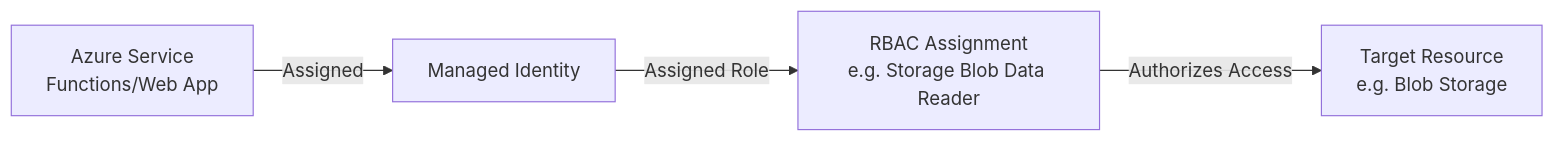
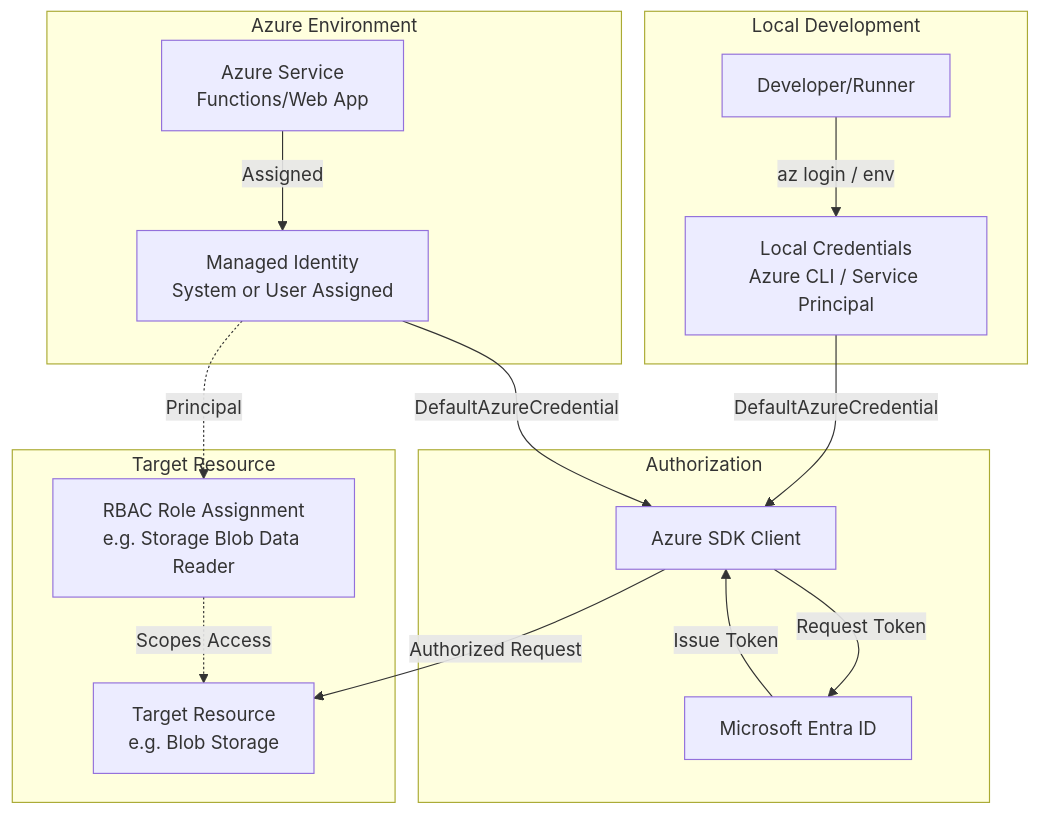
One commit to wildersa/azure_ref_kit changed the diagram in building-blocks/security/managed-identity-rbac/README.md. Above: the diagram before and after it, drawn with Mermaid. The commit also changed other lines of this file and 2 other files, not shown here.

First line of the commit message:
feat: define managed identity and RBAC reference pattern (Track 5.2)

````diff
--- a/building-blocks/security/managed-identity-rbac/README.md
+++ b/building-blocks/security/managed-identity-rbac/README.md
@@ -50,6 +62,23 @@
 ```mermaid
-flowchart LR
-    Service[Azure Service\nFunctions/Web App] -->|Assigned| MI[Managed Identity]
-    MI -->|Assigned Role| RBAC[RBAC Assignment\ne.g. Storage Blob Data Reader]
-    RBAC -->|Authorizes Access| Resource[Target Resource\ne.g. Blob Storage]
+flowchart TD
+    subgraph "Local Development"
+        Dev[Developer/Runner] -->|az login / env| LocalCreds[Local Credentials\nAzure CLI / Service Principal]
+    end
+
+    subgraph "Azure Environment"
+        Service[Azure Service\nFunctions/Web App] -->|Assigned| MI[Managed Identity\nSystem or User Assigned]
+    end
+
+    subgraph "Authorization"
+        LocalCreds -->|DefaultAzureCredential| SDK[Azure SDK Client]
+        MI -->|DefaultAzureCredential| SDK
+        SDK -->|Request Token| Entra[Microsoft Entra ID]
+        Entra -->|Issue Token| SDK
+    end
+
+    subgraph "Target Resource"
+        SDK -->|Authorized Request| Resource[Target Resource\ne.g. Blob Storage]
+        Role[RBAC Role Assignment\ne.g. Storage Blob Data Reader] -.->|Scopes Access| Resource
+        MI -.->|Principal| Role
+    end
 ```
````
